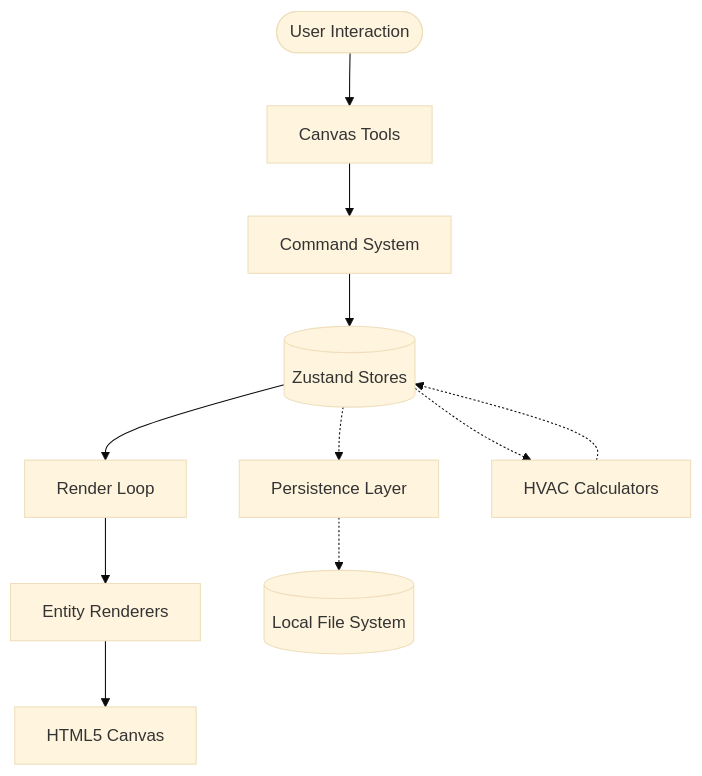
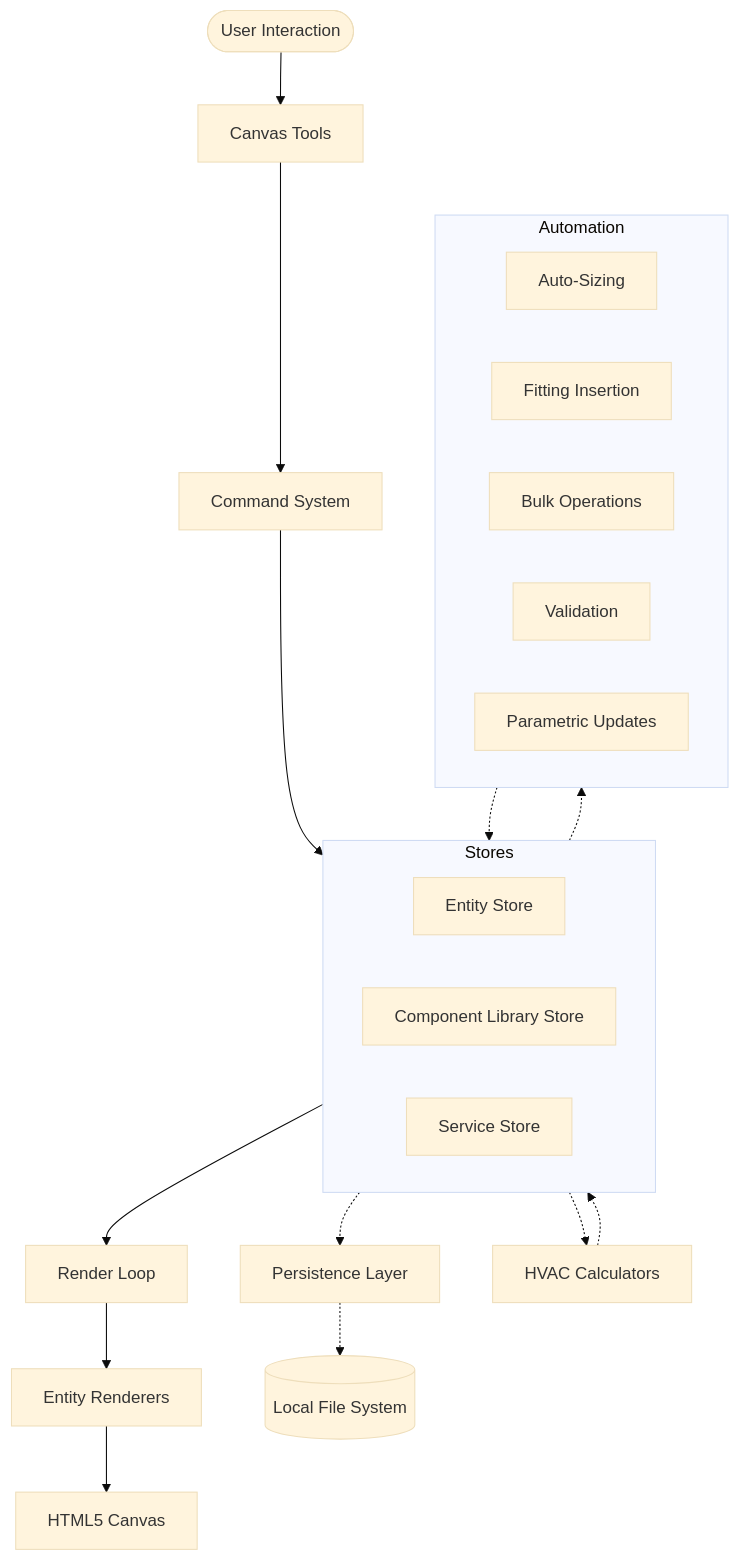
One commit to engryamato/HVAC_Canvas_App changed the diagram in docs/ARCHITECTURE.md. Above: the diagram before and after it, drawn with Mermaid (base theme). The commit also changed other lines of this file and 25 other files, not shown here.

````diff
--- a/docs/ARCHITECTURE.md
+++ b/docs/ARCHITECTURE.md
@@ -9,15 +9,33 @@
 ```mermaid
 graph TD
     User([User Interaction]) --> Tools[Canvas Tools]
     Tools --> Commands[Command System]
     Commands --> Stores[(Zustand Stores)]
+    
+    subgraph Stores
+        entityStore[Entity Store]
+        compLibStore[Component Library Store]
+        serviceStore[Service Store]
+    end
+    
     Stores --> RenderLoop[Render Loop]
     RenderLoop --> Renderers[Entity Renderers]
     Renderers --> Canvas[HTML5 Canvas]
     
     Stores -.-> Persistence[Persistence Layer]
     Persistence -.-> LocalFS[(Local File System)]
     
     Stores -.-> Calculators[HVAC Calculators]
+    Stores -.-> Automation[Automation Services]
+    Automation -.-> Stores
     Calculators -.-> Stores
+    
+    
+    subgraph Automation
+        AutoSizing[Auto-Sizing]
+        FittingInsertion[Fitting Insertion]
+        BulkOps[Bulk Operations]
+        Validation[Validation]
+        Parametric[Parametric Updates]
+    end
 ```
````
